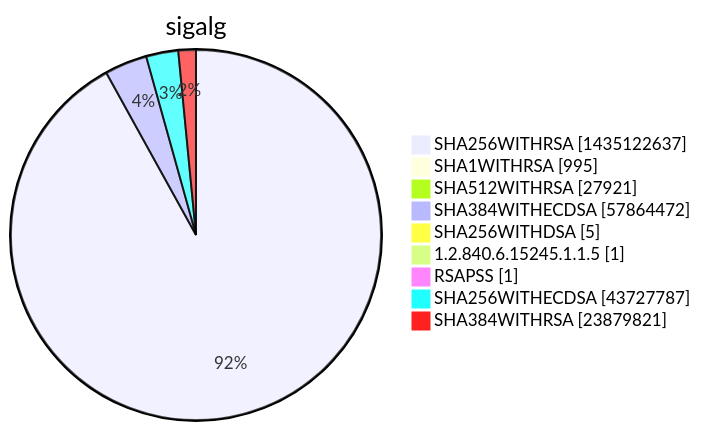
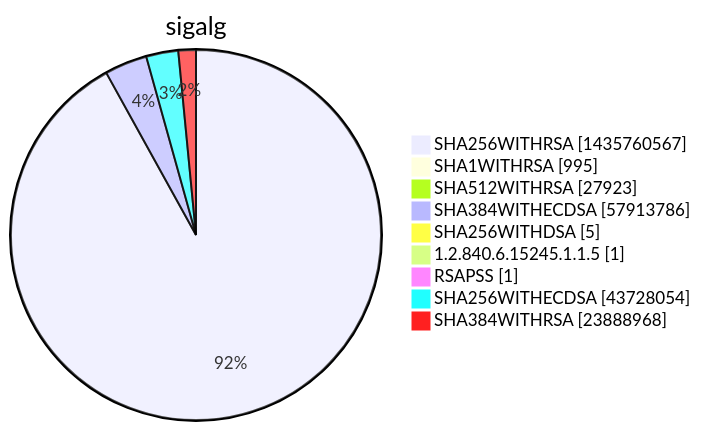
Before and after one commit to christiankrug/ctmonitor_visualization: diagram 15 of 15 in xenon2022/README.md, drawn with Mermaid. The commit also changed other lines of this file, not shown here.

````diff
--- a/xenon2022/README.md
+++ b/xenon2022/README.md
@@ -5861,13 +5861,13 @@
 ```mermaid
 pie showData
 title sigalg
-"SHA256WITHRSA" :1435122637
+"SHA256WITHRSA" :1435760567
 "SHA1WITHRSA" :995
-"SHA512WITHRSA" :27921
-"SHA384WITHECDSA" :57864472
+"SHA512WITHRSA" :27923
+"SHA384WITHECDSA" :57913786
 "SHA256WITHDSA" :5
 "1.2.840.6.15245.1.1.5" :1
 "RSAPSS" :1
-"SHA256WITHECDSA" :43727787
-"SHA384WITHRSA" :23879821
+"SHA256WITHECDSA" :43728054
+"SHA384WITHRSA" :23888968
 ```
````
